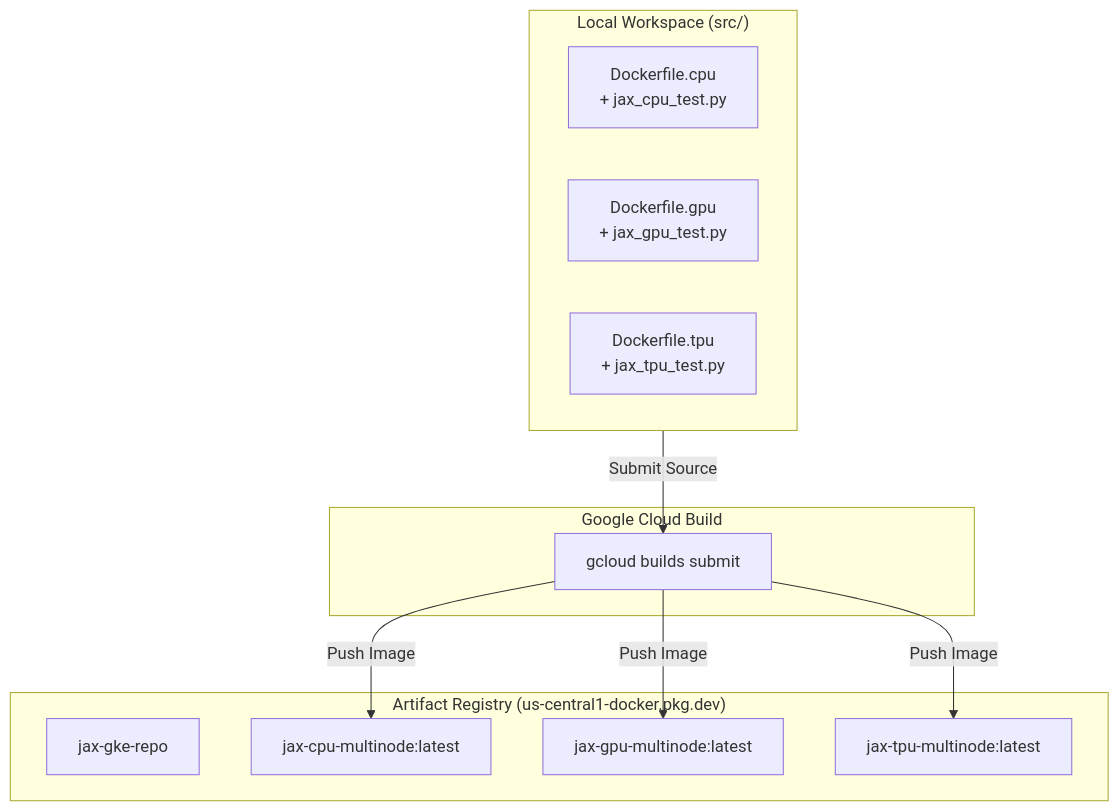
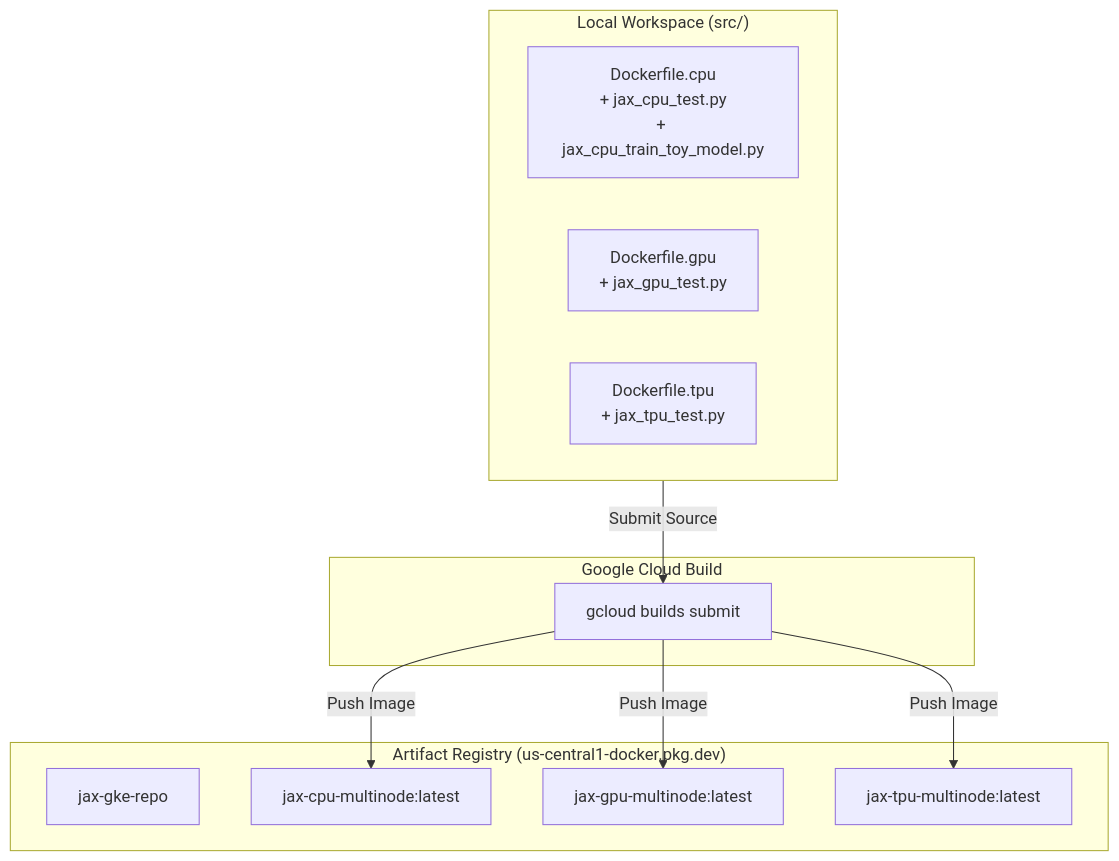
One commit to goabego/Travolta_Multinode_Training changed the fifth of 10 diagrams in ARCHITECTURE.md. Above: the diagram before and after it, drawn with Mermaid. The commit also changed other lines of this file and 28 other files, not shown here.

First line of the commit message:
feat(terraform): add disposable project, GKE cluster, toy model training, and Makefile

````diff
--- a/ARCHITECTURE.md
+++ b/ARCHITECTURE.md
@@ -97,24 +132,24 @@
 ```mermaid
 flowchart TD
     subgraph LocalRepo["Local Workspace (src/)"]
-        DockerCPU["Dockerfile.cpu\n+ jax_cpu_test.py"]
+        DockerCPU["Dockerfile.cpu\n+ jax_cpu_test.py\n+ jax_cpu_train_toy_model.py"]
         DockerGPU["Dockerfile.gpu\n+ jax_gpu_test.py"]
         DockerTPU["Dockerfile.tpu\n+ jax_tpu_test.py"]
     end
 
     subgraph CloudBuild["Google Cloud Build"]
         BuildStep["gcloud builds submit"]
     end
 
     subgraph Registry["Artifact Registry (us-central1-docker.pkg.dev)"]
         Repo["jax-gke-repo"]
         ImgCPU["jax-cpu-multinode:latest"]
         ImgGPU["jax-gpu-multinode:latest"]
         ImgTPU["jax-tpu-multinode:latest"]
     end
 
     LocalRepo -->|Submit Source| BuildStep
     BuildStep -->|Push Image| ImgCPU
     BuildStep -->|Push Image| ImgGPU
     BuildStep -->|Push Image| ImgTPU
 ```
````
